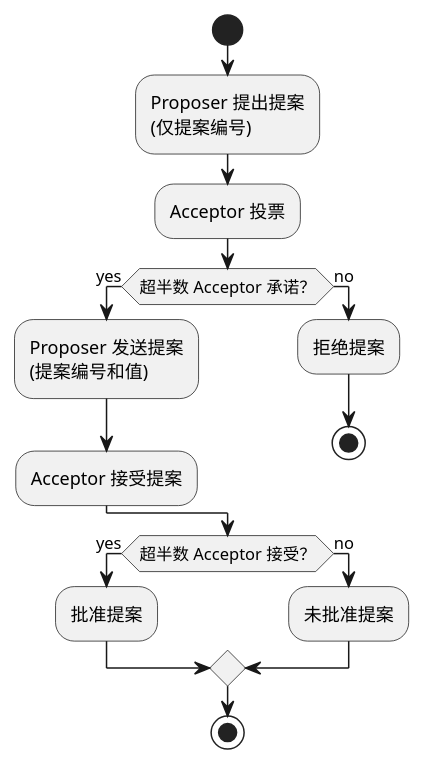
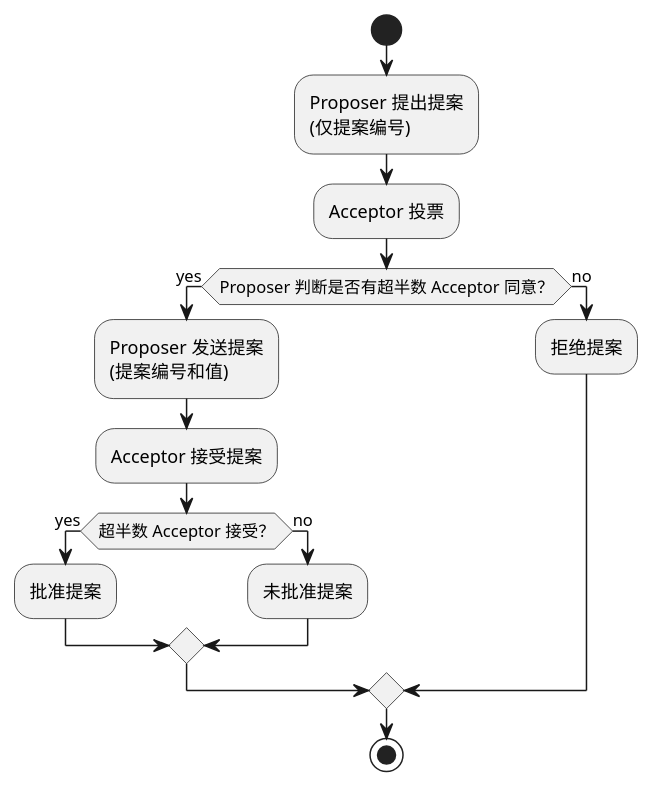
Before and after one commit to nocnob/notfound: the first of 3 diagrams in src/pages/posts/distribution-paxos-basic.adoc, drawn with PlantUML. The commit also changed other lines of this file and 3 other files, not shown here.

```diff
--- a/src/pages/posts/distribution-paxos-basic.adoc
+++ b/src/pages/posts/distribution-paxos-basic.adoc
@@ -26,22 +26,22 @@
 [source,plantuml]
 ----
 @startuml
 start
 :Proposer 提出提案\n(仅提案编号);
 :Acceptor 投票;
-if (超半数 Acceptor 承诺？) then (yes)
-:Proposer 发送提案\n(提案编号和值);
-:Acceptor 接受提案;
+
+if (Proposer 判断是否有超半数 Acceptor 同意？) then (yes)
+    :Proposer 发送提案\n(提案编号和值);
+    :Acceptor 接受提案;
+
+    if (超半数 Acceptor 接受？) then (yes)
+    :批准提案;
+    else (no)
+    :未批准提案;
+    endif;
 else (no)
-:拒绝提案;
-stop
+    :拒绝提案;
 endif
-
-if (超半数 Acceptor 接受？) then (yes)
-:批准提案;
-else (no)
-:未批准提案;
-endif;
 stop
 @enduml
 ----
```
